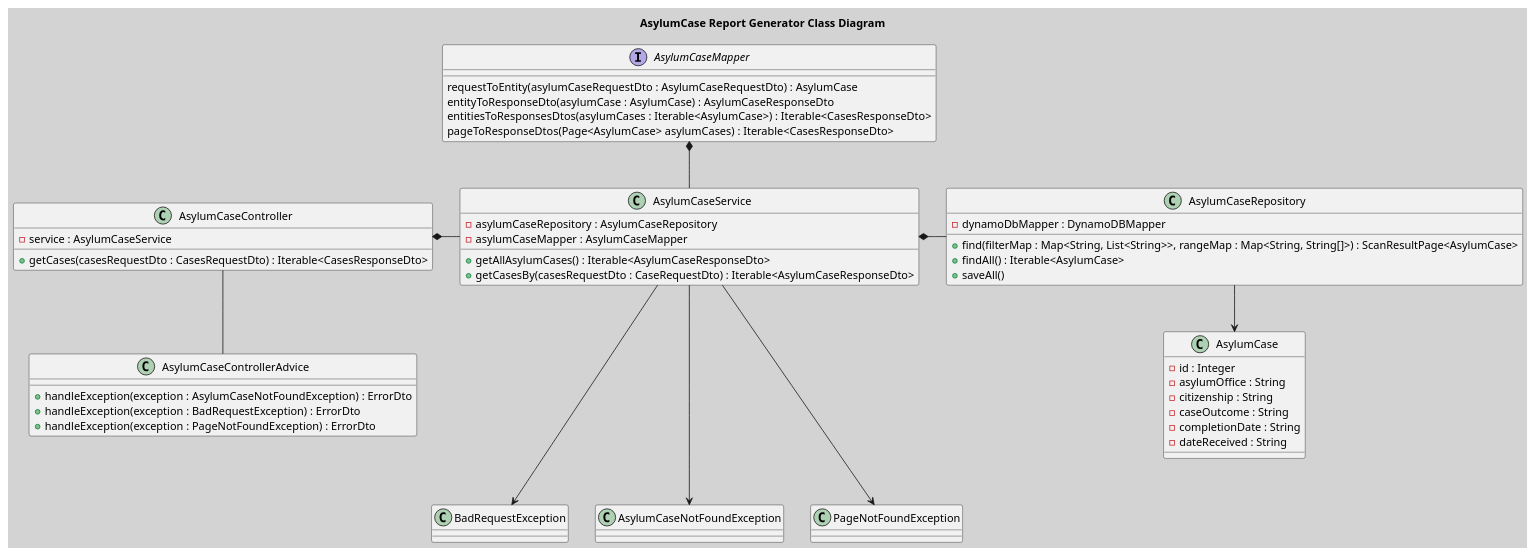
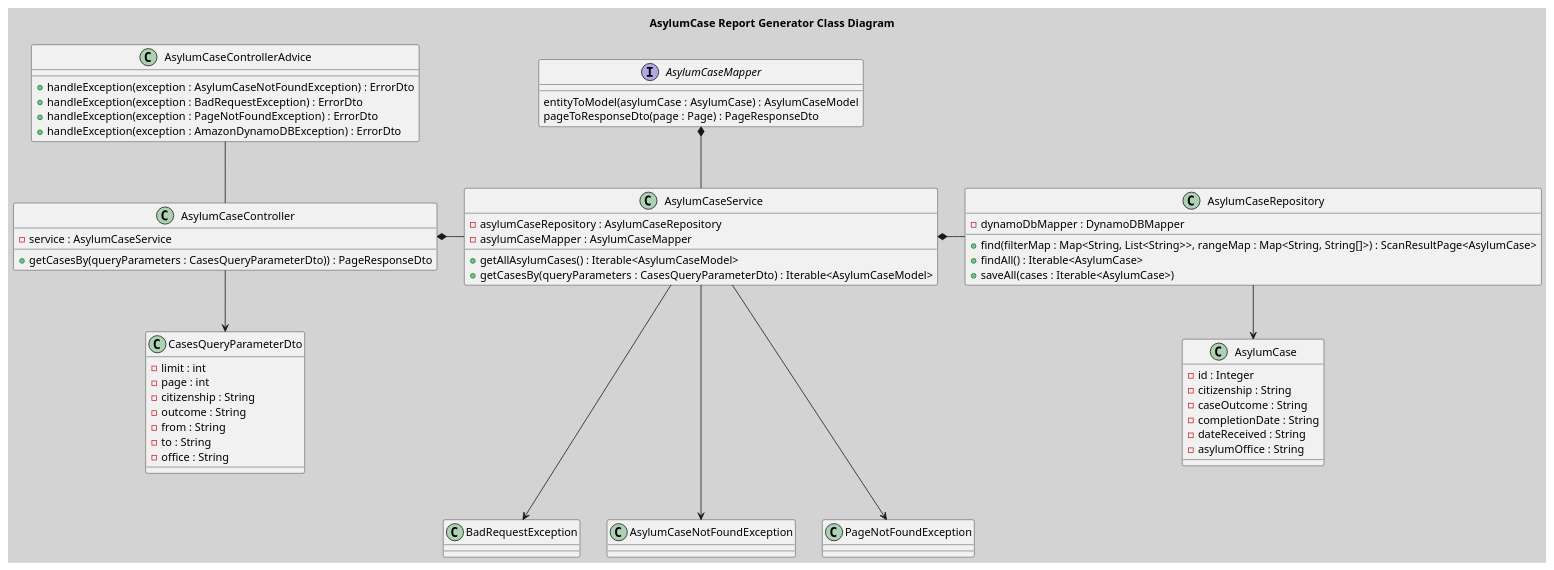
The diagram in documentation/diagrams/RELEASE_1.5_CD.puml (BloomTech-Labs/asylum-rg-be-a), drawn with PlantUML before and after one commit. The commit also changed 13 other files, not shown here.

Commit message:
Updated Class Names, Method Names, and Variable Names for Brevity. Updated Class Diagrams and Sequence Diagrams. Updated API Documentation. Added Additional Comments.

```diff
--- a/documentation/diagrams/RELEASE_1.5_CD.puml
+++ b/documentation/diagrams/RELEASE_1.5_CD.puml
@@ -1,67 +1,77 @@
 @startuml
 title AsylumCase Report Generator Class Diagram
 skinparam backgroundcolor lightgrey
 
 'End point mappings
 class AsylumCaseController {
     - service : AsylumCaseService
-    + getCases(casesRequestDto : CasesRequestDto) : Iterable<CasesResponseDto>
+    + getCasesBy(queryParameters : CasesQueryParameterDto)) : PageResponseDto
 }
 
 class AsylumCaseControllerAdvice {
     + handleException(exception : AsylumCaseNotFoundException) : ErrorDto
     + handleException(exception : BadRequestException) : ErrorDto
     + handleException(exception : PageNotFoundException) : ErrorDto
+    + handleException(exception : AmazonDynamoDBException) : ErrorDto
 }
 
 'Add cache config Annotations in service
 class AsylumCaseService {
     - asylumCaseRepository : AsylumCaseRepository
     - asylumCaseMapper : AsylumCaseMapper
-    + getAllAsylumCases() : Iterable<AsylumCaseResponseDto>
-    + getCasesBy(casesRequestDto : CaseRequestDto) : Iterable<AsylumCaseResponseDto>
+    + getAllAsylumCases() : Iterable<AsylumCaseModel>
+    + getCasesBy(queryParameters : CasesQueryParameterDto) : Iterable<AsylumCaseModel>
 }
 
 'repo for DynamoDB calls
 class AsylumCaseRepository {
     - dynamoDbMapper : DynamoDBMapper
     + find(filterMap : Map<String, List<String>>, rangeMap : Map<String, String[]>) : ScanResultPage<AsylumCase>
     + findAll() : Iterable<AsylumCase>
-    + saveAll()
+    + saveAll(cases : Iterable<AsylumCase>)
 }
 
 'Entity for data model
 class AsylumCase {
     - id : Integer
-    - asylumOffice : String
     - citizenship : String
     - caseOutcome : String
     - completionDate : String
     - dateReceived : String
+    - asylumOffice : String
+}
+
+class CasesQueryParameterDto {
+    - limit : int
+    - page : int
+    - citizenship : String
+    - outcome : String
+    - from : String
+    - to : String
+    - office : String
 }
 
 ' Part of the  MapStruct dependency
 interface AsylumCaseMapper {
-    requestToEntity(asylumCaseRequestDto : AsylumCaseRequestDto) : AsylumCase
-    entityToResponseDto(asylumCase : AsylumCase) : AsylumCaseResponseDto
-    entitiesToResponsesDtos(asylumCases : Iterable<AsylumCase>) : Iterable<CasesResponseDto>
-    pageToResponseDtos(Page<AsylumCase> asylumCases) : Iterable<CasesResponseDto>
+    entityToModel(asylumCase : AsylumCase) : AsylumCaseModel
+    pageToResponseDto(page : Page) : PageResponseDto
 }
 
 AsylumCaseService ---> BadRequestException
 AsylumCaseService ---> AsylumCaseNotFoundException
 AsylumCaseService ---> PageNotFoundException
 
 AsylumCaseController *- AsylumCaseService
-AsylumCaseController -- AsylumCaseControllerAdvice
+AsylumCaseControllerAdvice -- AsylumCaseController
 
 AsylumCaseService *- AsylumCaseRepository
 AsylumCaseMapper *-- AsylumCaseService
 
 AsylumCaseRepository --> AsylumCase
+AsylumCaseController --> CasesQueryParameterDto
 
 'Extension
 'Association <|-- (owner <|-- pet) Implements
 'Composition *-- (pet *-- leg) Instantiation (part of)
 'Aggregation (car o-- wheel) Extends (has a)
 @enduml
```
